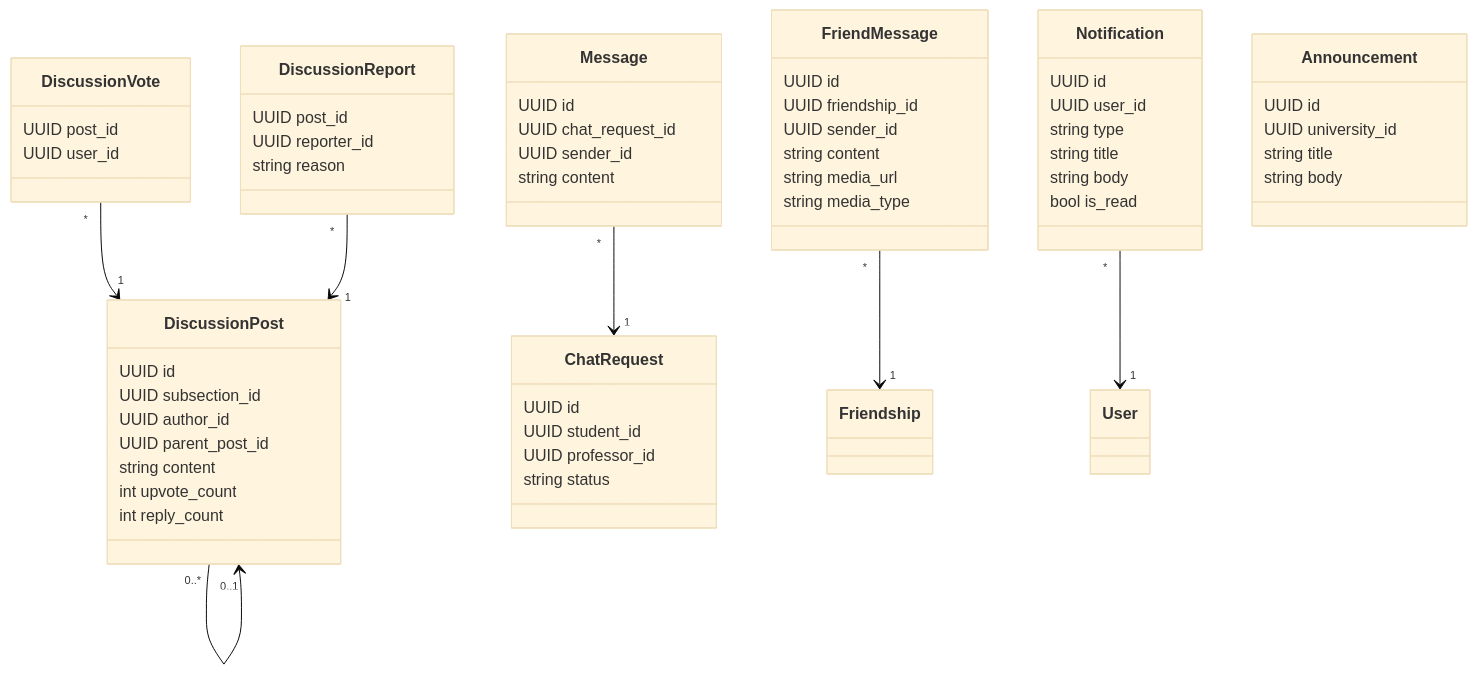
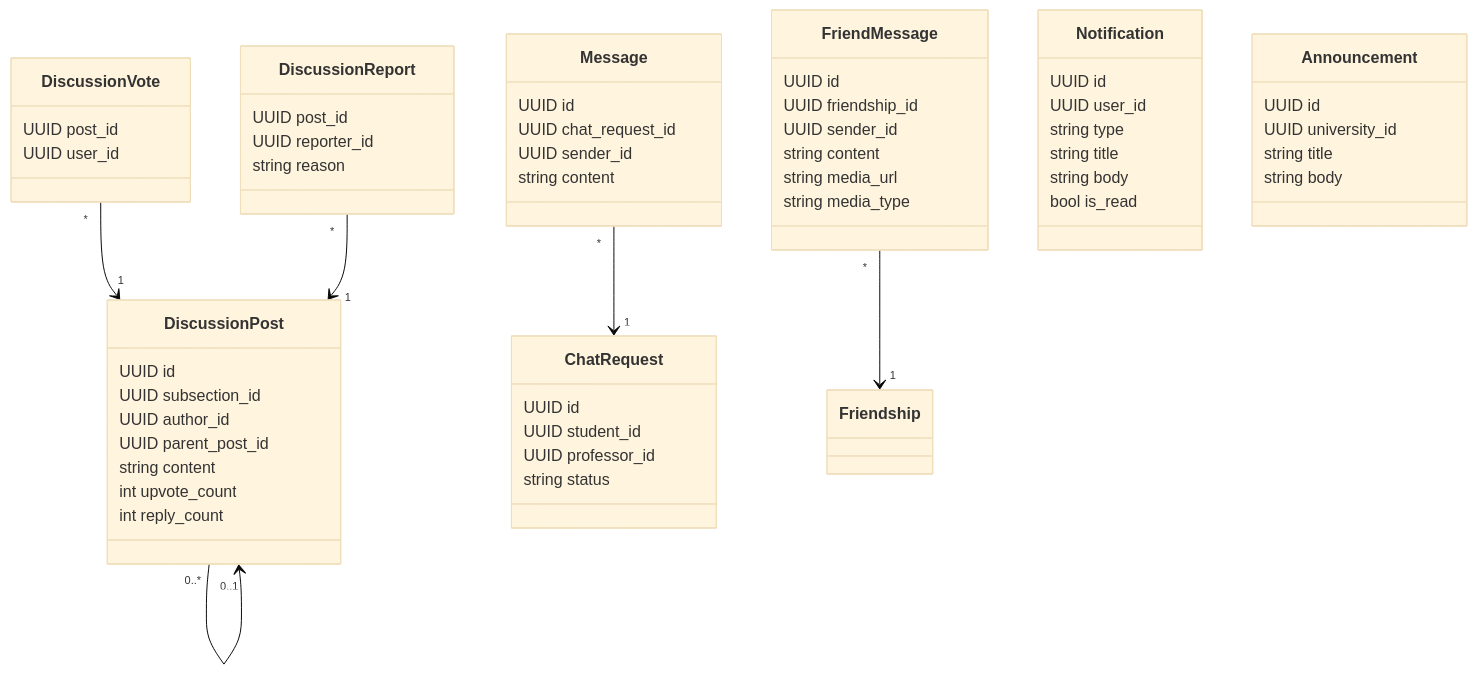
Before and after one commit to yazidha09/Hub4Learners: the second of 5 diagrams in docs/sprints/SPRINT_5.md, drawn with Mermaid (base theme). The commit also changed 2 other files, not shown here.

````diff
--- a/docs/sprints/SPRINT_5.md
+++ b/docs/sprints/SPRINT_5.md
@@ -81,69 +81,68 @@
 ```mermaid
 classDiagram
     class DiscussionPost {
         UUID id
         UUID subsection_id
         UUID author_id
         UUID parent_post_id
         string content
         int upvote_count
         int reply_count
     }
 
     class DiscussionVote {
         UUID post_id
         UUID user_id
     }
 
     class DiscussionReport {
         UUID post_id
         UUID reporter_id
         string reason
     }
 
     class FriendMessage {
         UUID id
         UUID friendship_id
         UUID sender_id
         string content
         string media_url
         string media_type
     }
 
     class ChatRequest {
         UUID id
         UUID student_id
         UUID professor_id
         string status
     }
 
     class Message {
         UUID id
         UUID chat_request_id
         UUID sender_id
         string content
     }
 
     class Notification {
         UUID id
         UUID user_id
         string type
         string title
         string body
         bool is_read
     }
 
     class Announcement {
         UUID id
         UUID university_id
         string title
         string body
     }
 
     DiscussionPost "0..*" --> "0..1" DiscussionPost
     DiscussionVote "*" --> "1" DiscussionPost
     DiscussionReport "*" --> "1" DiscussionPost
     Message "*" --> "1" ChatRequest
     FriendMessage "*" --> "1" Friendship
-    Notification "*" --> "1" User
 ```
````
